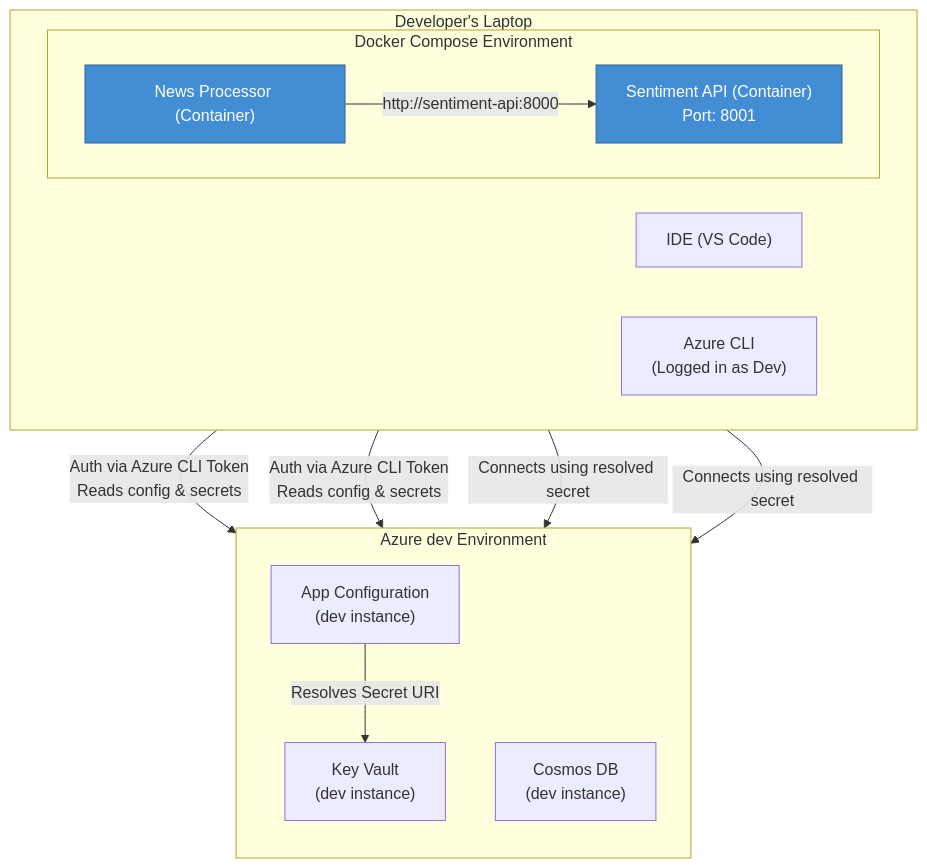
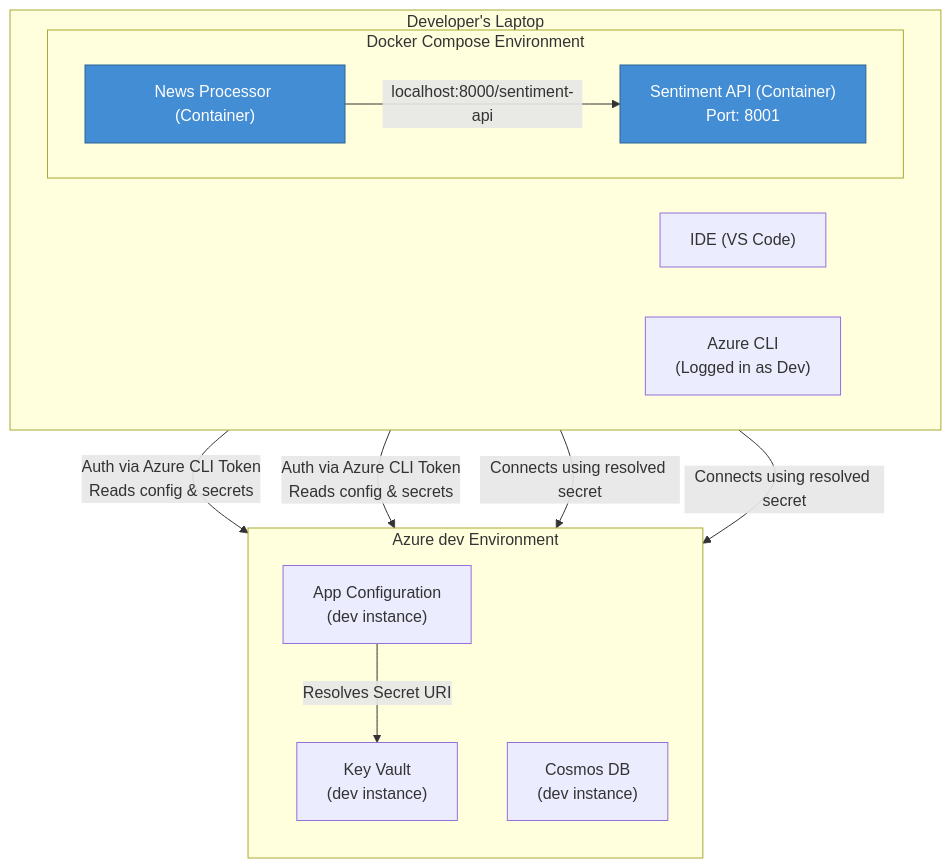
The fourth of 7 diagrams in risk-analytics-agent/ai_docs/1_architecture/NewsSentimentService_SystemArchitecture.md (vladavilov/playground), drawn with Mermaid before and after one commit.

Commit message:
fixed diagram

````diff
--- a/risk-analytics-agent/ai_docs/1_architecture/NewsSentimentService_SystemArchitecture.md
+++ b/risk-analytics-agent/ai_docs/1_architecture/NewsSentimentService_SystemArchitecture.md
@@ -292,29 +292,29 @@
 ```mermaid
 graph TD
     subgraph "Developer's Laptop"
         direction LR
         subgraph "Docker Compose Environment"
             A["Sentiment API (Container)<br/>Port: 8001"]
             B["News Processor (Container)"]
         end
         C["IDE (VS Code)"]
         D["Azure CLI<br/>(Logged in as Dev)"]
     end
 
     subgraph "Azure dev Environment"
         direction TB
         E["App Configuration<br/>(dev instance)"]
         F["Key Vault<br/>(dev instance)"]
         G["Cosmos DB<br/>(dev instance)"]
     end
 
-    B -- "http://sentiment-api:8000" --> A
+    B -- "localhost:8000/sentiment-api" --> A
     A -- "Auth via Azure CLI Token<br/>Reads config & secrets" --> E
     B -- "Auth via Azure CLI Token<br/>Reads config & secrets" --> E
     E -- "Resolves Secret URI" --> F
     A -- "Connects using resolved secret" --> G
     B -- "Connects using resolved secret" --> G
 
     style A fill:#438dd5,stroke:#2e6295,color:#ffffff
     style B fill:#438dd5,stroke:#2e6295,color:#ffffff
 ```
````
